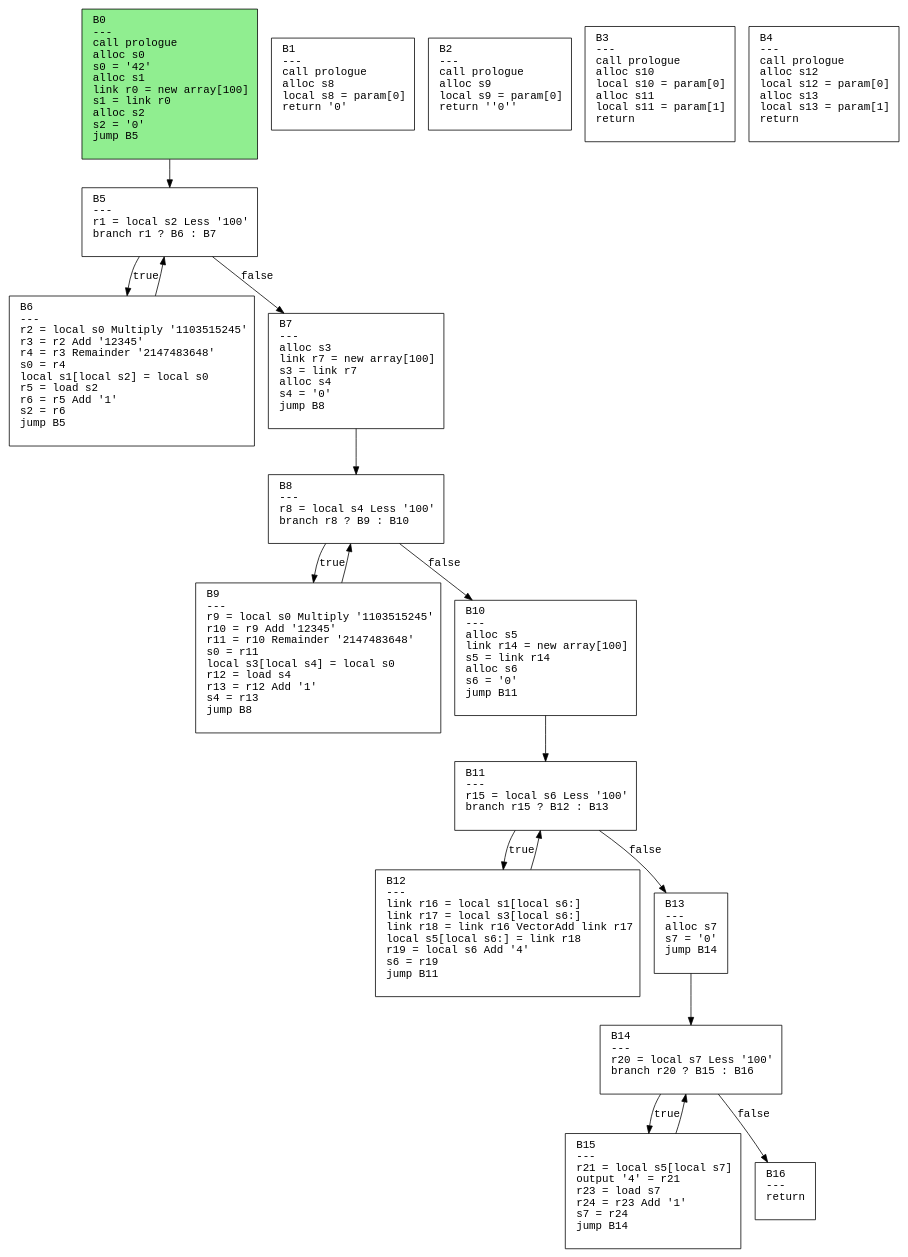
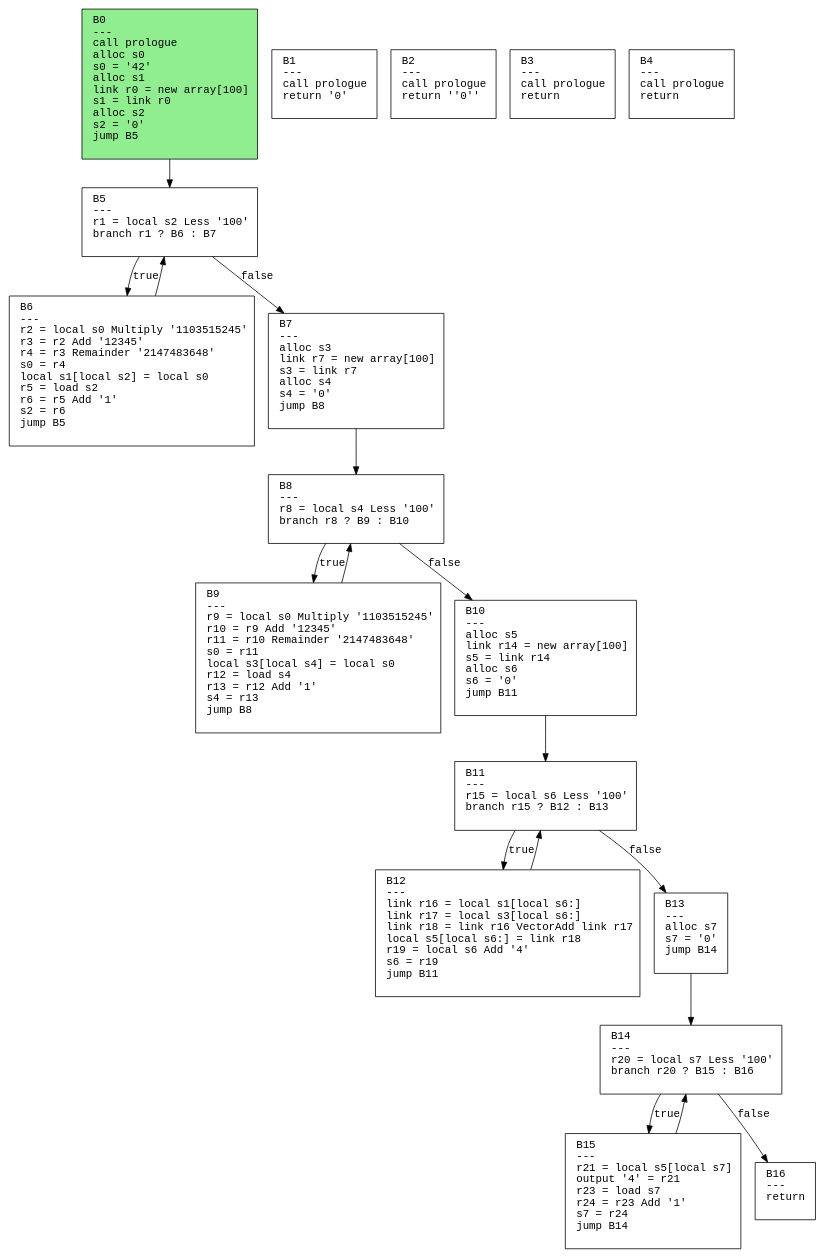
Before and after one commit to safarislava/ProcTranslator: the diagram in schemes/vector_test_simd.dot, drawn with Graphviz. The commit also changed 26 other files, not shown here.

```diff
--- a/schemes/vector_test_simd.dot
+++ b/schemes/vector_test_simd.dot
@@ -1,40 +1,40 @@
 digraph CFG {
   rankdir=TB;
   node [shape=box, fontname="Courier", style=filled, fillcolor=white, margin="0.2,0.1"];
   edge [fontname="Courier"];
 
   "B0" [label="B0\l---\lcall prologue\lalloc s0\ls0 = '42'\lalloc s1\llink r0 = new array[100]\ls1 = link r0\lalloc s2\ls2 = '0'\ljump B5\l "];
-  "B1" [label="B1\l---\lcall prologue\lalloc s8\llocal s8 = param[0]\lreturn '0'\l "];
-  "B2" [label="B2\l---\lcall prologue\lalloc s9\llocal s9 = param[0]\lreturn ''0''\l "];
-  "B3" [label="B3\l---\lcall prologue\lalloc s10\llocal s10 = param[0]\lalloc s11\llocal s11 = param[1]\lreturn\l "];
-  "B4" [label="B4\l---\lcall prologue\lalloc s12\llocal s12 = param[0]\lalloc s13\llocal s13 = param[1]\lreturn\l "];
+  "B1" [label="B1\l---\lcall prologue\lreturn '0'\l "];
+  "B2" [label="B2\l---\lcall prologue\lreturn ''0''\l "];
+  "B3" [label="B3\l---\lcall prologue\lreturn\l "];
+  "B4" [label="B4\l---\lcall prologue\lreturn\l "];
   "B5" [label="B5\l---\lr1 = local s2 Less '100'\lbranch r1 ? B6 : B7\l "];
   "B6" [label="B6\l---\lr2 = local s0 Multiply '1103515245'\lr3 = r2 Add '12345'\lr4 = r3 Remainder '2147483648'\ls0 = r4\llocal s1[local s2] = local s0\lr5 = load s2\lr6 = r5 Add '1'\ls2 = r6\ljump B5\l "];
   "B7" [label="B7\l---\lalloc s3\llink r7 = new array[100]\ls3 = link r7\lalloc s4\ls4 = '0'\ljump B8\l "];
   "B8" [label="B8\l---\lr8 = local s4 Less '100'\lbranch r8 ? B9 : B10\l "];
   "B9" [label="B9\l---\lr9 = local s0 Multiply '1103515245'\lr10 = r9 Add '12345'\lr11 = r10 Remainder '2147483648'\ls0 = r11\llocal s3[local s4] = local s0\lr12 = load s4\lr13 = r12 Add '1'\ls4 = r13\ljump B8\l "];
   "B10" [label="B10\l---\lalloc s5\llink r14 = new array[100]\ls5 = link r14\lalloc s6\ls6 = '0'\ljump B11\l "];
   "B11" [label="B11\l---\lr15 = local s6 Less '100'\lbranch r15 ? B12 : B13\l "];
   "B12" [label="B12\l---\llink r16 = local s1[local s6:]\llink r17 = local s3[local s6:]\llink r18 = link r16 VectorAdd link r17\llocal s5[local s6:] = link r18\lr19 = local s6 Add '4'\ls6 = r19\ljump B11\l "];
   "B13" [label="B13\l---\lalloc s7\ls7 = '0'\ljump B14\l "];
   "B14" [label="B14\l---\lr20 = local s7 Less '100'\lbranch r20 ? B15 : B16\l "];
   "B15" [label="B15\l---\lr21 = local s5[local s7]\loutput '4' = r21\lr23 = load s7\lr24 = r23 Add '1'\ls7 = r24\ljump B14\l "];
   "B16" [label="B16\l---\lreturn\l "];
   "B0" -> "B5";
   "B5" -> "B6" [label="true"];
   "B5" -> "B7" [label="false"];
   "B6" -> "B5";
   "B7" -> "B8";
   "B8" -> "B9" [label="true"];
   "B8" -> "B10" [label="false"];
   "B9" -> "B8";
   "B10" -> "B11";
   "B11" -> "B12" [label="true"];
   "B11" -> "B13" [label="false"];
   "B12" -> "B11";
   "B13" -> "B14";
   "B14" -> "B15" [label="true"];
   "B14" -> "B16" [label="false"];
   "B15" -> "B14";
   "B0" [fillcolor=lightgreen];
 }
```
